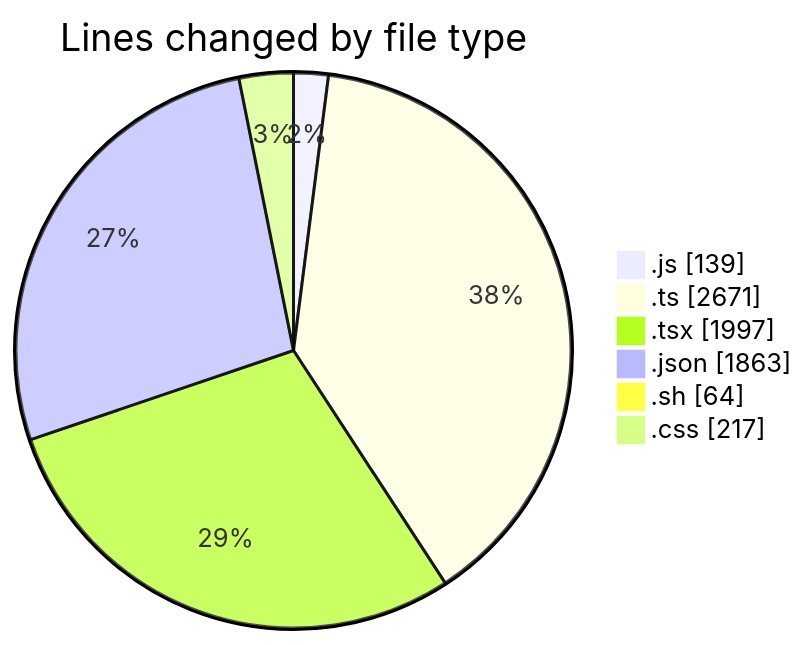
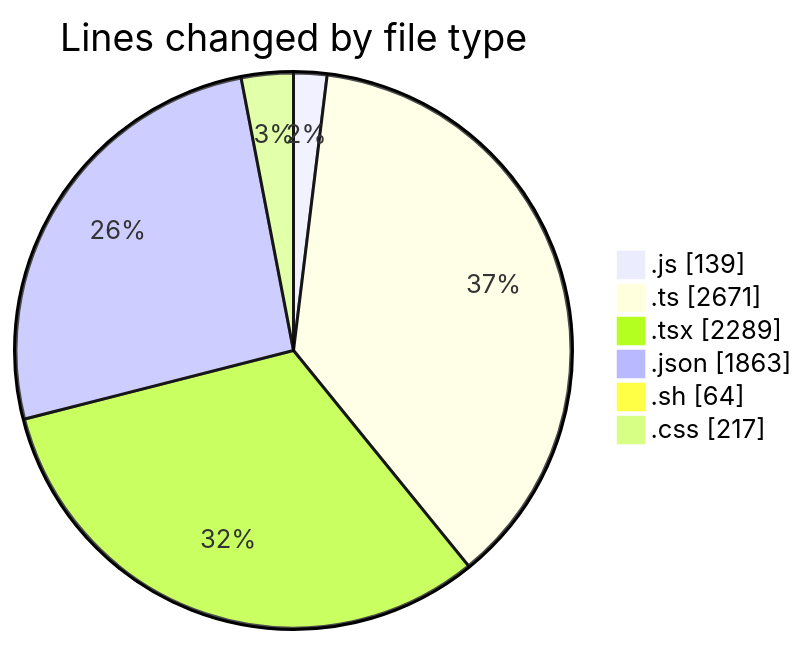
Before and after one commit to EIIisD/code-tracking: the first of 2 diagrams in 2025-07-14/ribbon/README.md, drawn with Mermaid. The commit also changed other lines of this file and 1 other file, not shown here.

````diff
--- a/2025-07-14/ribbon/README.md
+++ b/2025-07-14/ribbon/README.md
@@ -52,10 +52,10 @@
 ```mermaid
 pie showData
 title Lines changed by file type
 ".js" : 139
 ".ts" : 2671
-".tsx" : 1997
+".tsx" : 2289
 ".json" : 1863
 ".sh" : 64
 ".css" : 217
 ```
````
